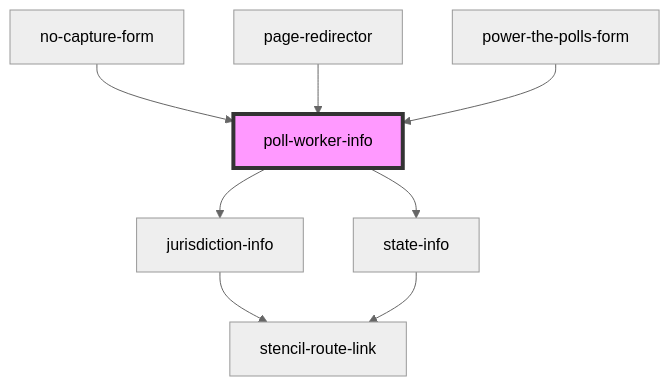
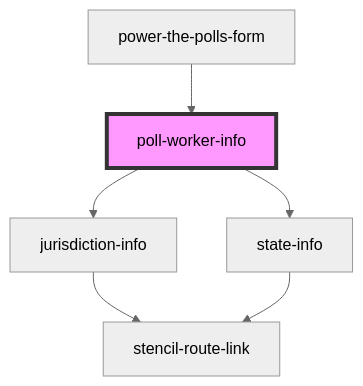
Before and after one commit to pizza-to-the-polls/power-the-polls: the diagram in power-the-polls-form/src/components/poll-worker-info/readme.md, drawn with Mermaid (neutral theme). The commit also changed other lines of this file and 40 other files, not shown here.

````diff
--- a/power-the-polls-form/src/components/poll-worker-info/readme.md
+++ b/power-the-polls-form/src/components/poll-worker-info/readme.md
@@ -32,11 +30,9 @@
 ```mermaid
 graph TD;
   poll-worker-info --> jurisdiction-info
   poll-worker-info --> state-info
   jurisdiction-info --> stencil-route-link
   state-info --> stencil-route-link
-  no-capture-form --> poll-worker-info
-  page-redirector --> poll-worker-info
   power-the-polls-form --> poll-worker-info
   style poll-worker-info fill:#f9f,stroke:#333,stroke-width:4px
 ```
````
